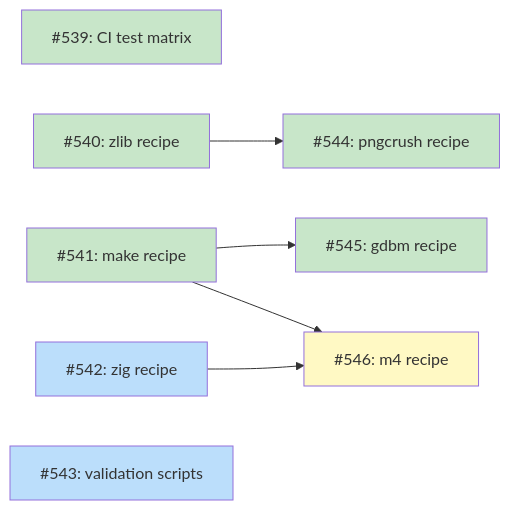
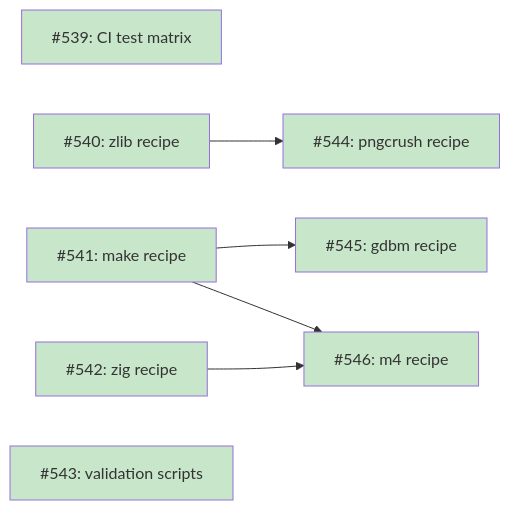
The first of 4 diagrams in docs/DESIGN-dependency-provisioning.md (tsukumogami/tsuku), drawn with Mermaid before and after one commit. The commit also changed other lines of this file and 4 other files, not shown here.

````diff
--- a/docs/DESIGN-dependency-provisioning.md
+++ b/docs/DESIGN-dependency-provisioning.md
@@ -24,24 +24,22 @@
 ```mermaid
 graph LR
     I539["#539: CI test matrix"]
     I540["#540: zlib recipe"]
     I541["#541: make recipe"]
     I542["#542: zig recipe"]
     I543["#543: validation scripts"]
     I544["#544: pngcrush recipe"]
     I545["#545: gdbm recipe"]
     I546["#546: m4 recipe"]
 
     I540 --> I544
     I541 --> I545
     I541 --> I546
     I542 --> I546
 
     classDef done fill:#c8e6c9
     classDef ready fill:#bbdefb
     classDef blocked fill:#fff9c4
 
-    class I539,I540,I541,I544,I545 done
-    class I542,I543 ready
-    class I546 blocked
+    class I539,I540,I541,I542,I543,I544,I545,I546 done
 ```
````
